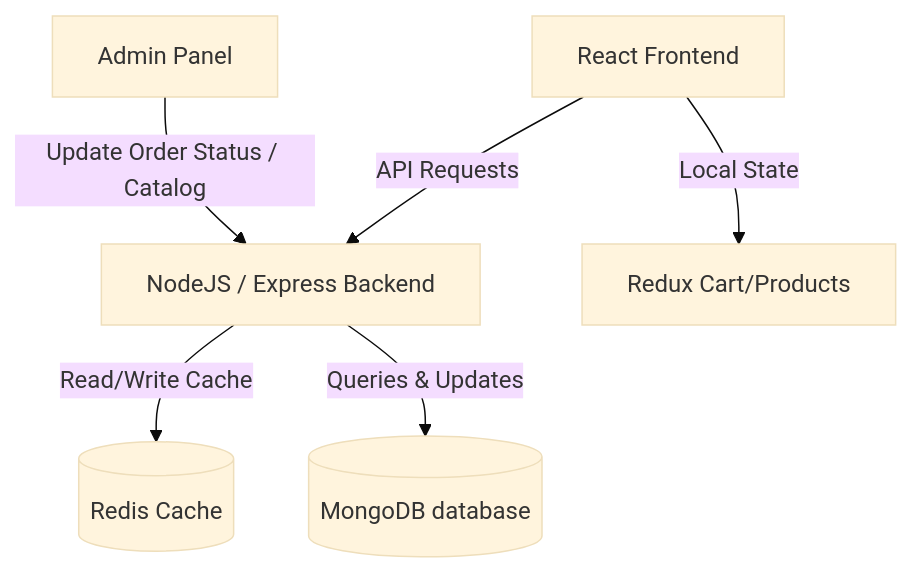
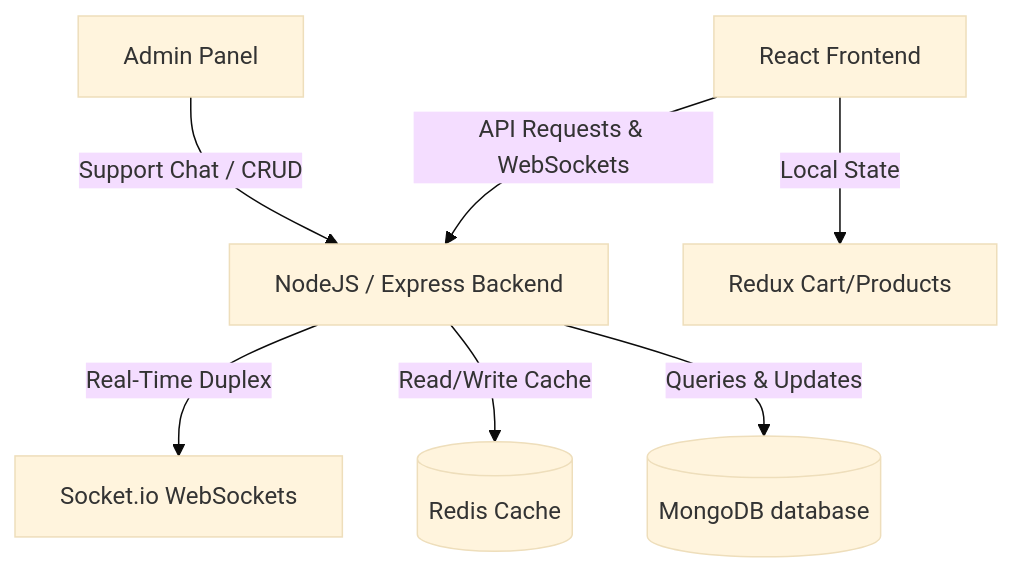
One commit to HarshitMangal/Flipcart-Clone changed the diagram in README.md. Above: the diagram before and after it, drawn with Mermaid (base theme). The commit also changed other lines of this file, not shown here.

Commit message:
docs: Update README to document IP Geolocation, localized currency conversion, and WebSockets chat features

````diff
--- a/README.md
+++ b/README.md
@@ -43,8 +44,9 @@
 ```mermaid
 graph TD
-    Client[React Frontend] -->|API Requests| Server[NodeJS / Express Backend]
+    Client[React Frontend] -->|API Requests & WebSockets| Server[NodeJS / Express Backend]
     Client -->|Local State| Redux[Redux Cart/Products]
+    Server -->|Real-Time Duplex| Sockets[Socket.io WebSockets]
     Server -->|Read/Write Cache| Redis[(Redis Cache)]
     Server -->|Queries & Updates| DB[(MongoDB database)]
-    Admin[Admin Panel] -->|Update Order Status / Catalog| Server
+    Admin[Admin Panel] -->|Support Chat / CRUD| Server
 ```
````
